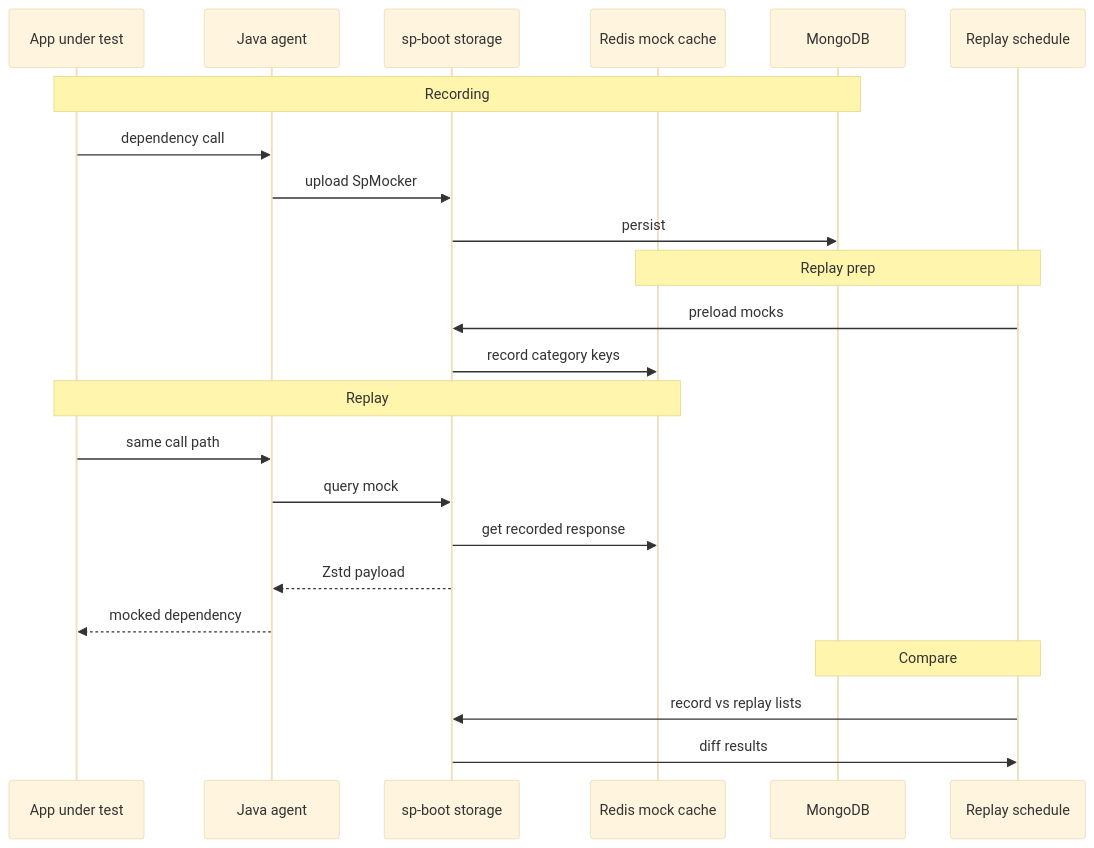
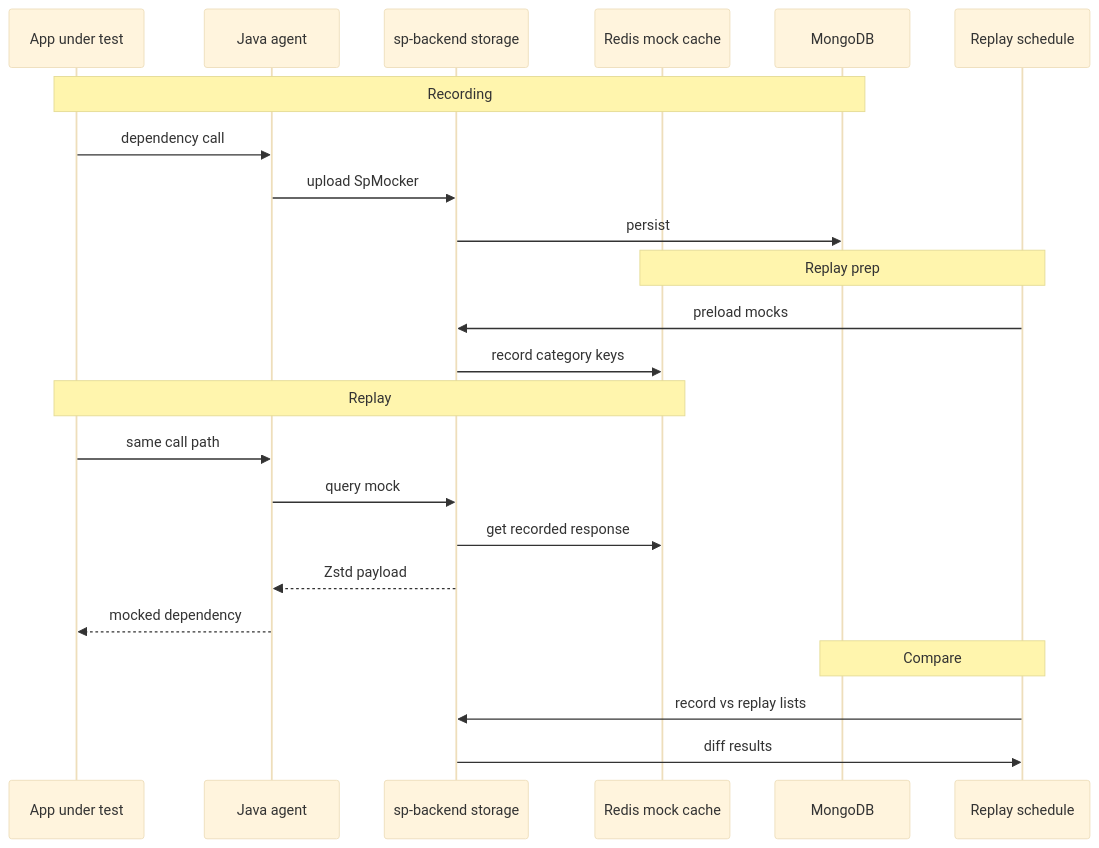
One commit to softprobe/document-website changed the diagram in en/testing/how-it-works.md. Above: the diagram before and after it, drawn with Mermaid (base theme). The commit also changed other lines of this file and 26 other files, not shown here.

````diff
--- a/en/testing/how-it-works.md
+++ b/en/testing/how-it-works.md
@@ -11,29 +11,29 @@
 ```mermaid
 sequenceDiagram
   participant App as App under test
   participant Agent as Java agent
-  participant Storage as sp-boot storage
+  participant Storage as sp-backend storage
   participant Redis as Redis mock cache
   participant Mongo as MongoDB
   participant Schedule as Replay schedule
 
   Note over App,Mongo: Recording
   App->>Agent: dependency call
   Agent->>Storage: upload SpMocker
   Storage->>Mongo: persist
 
   Note over Schedule,Redis: Replay prep
   Schedule->>Storage: preload mocks
   Storage->>Redis: record category keys
 
   Note over App,Redis: Replay
   App->>Agent: same call path
   Agent->>Storage: query mock
   Storage->>Redis: get recorded response
   Storage-->>Agent: Zstd payload
   Agent-->>App: mocked dependency
 
   Note over Schedule,Mongo: Compare
   Schedule->>Storage: record vs replay lists
   Storage->>Schedule: diff results
 ```
````
